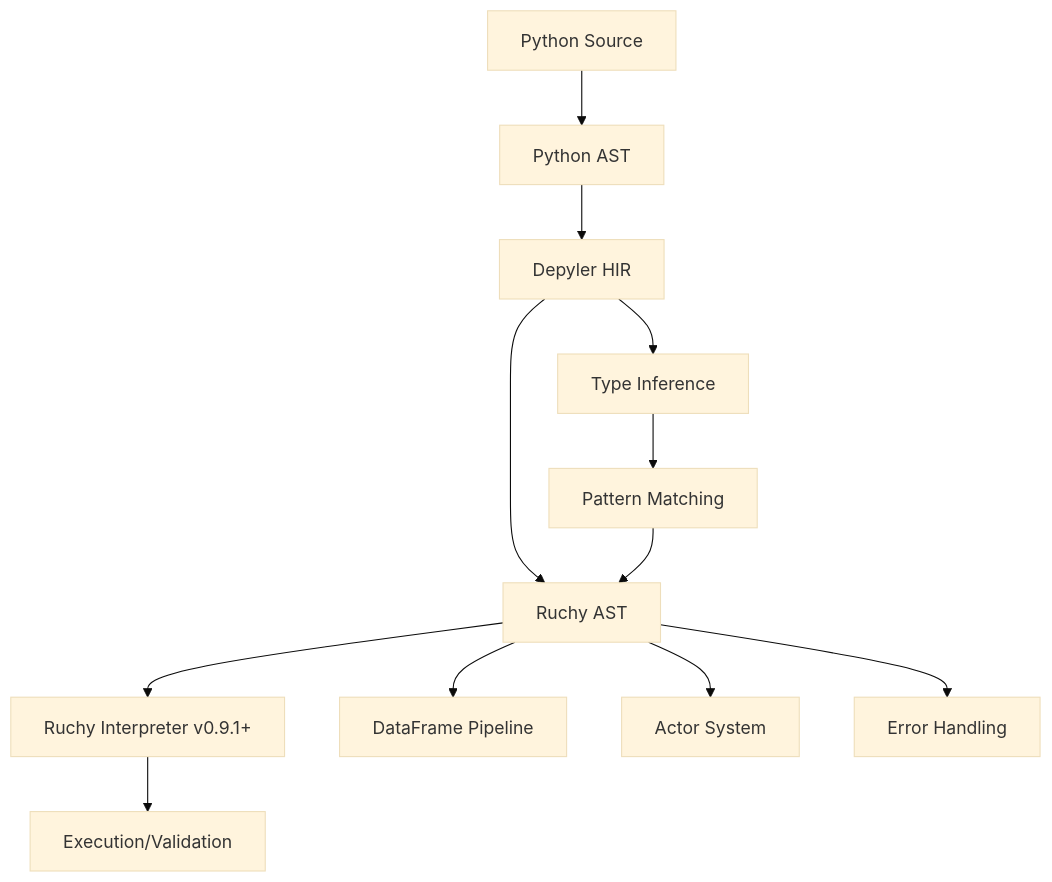
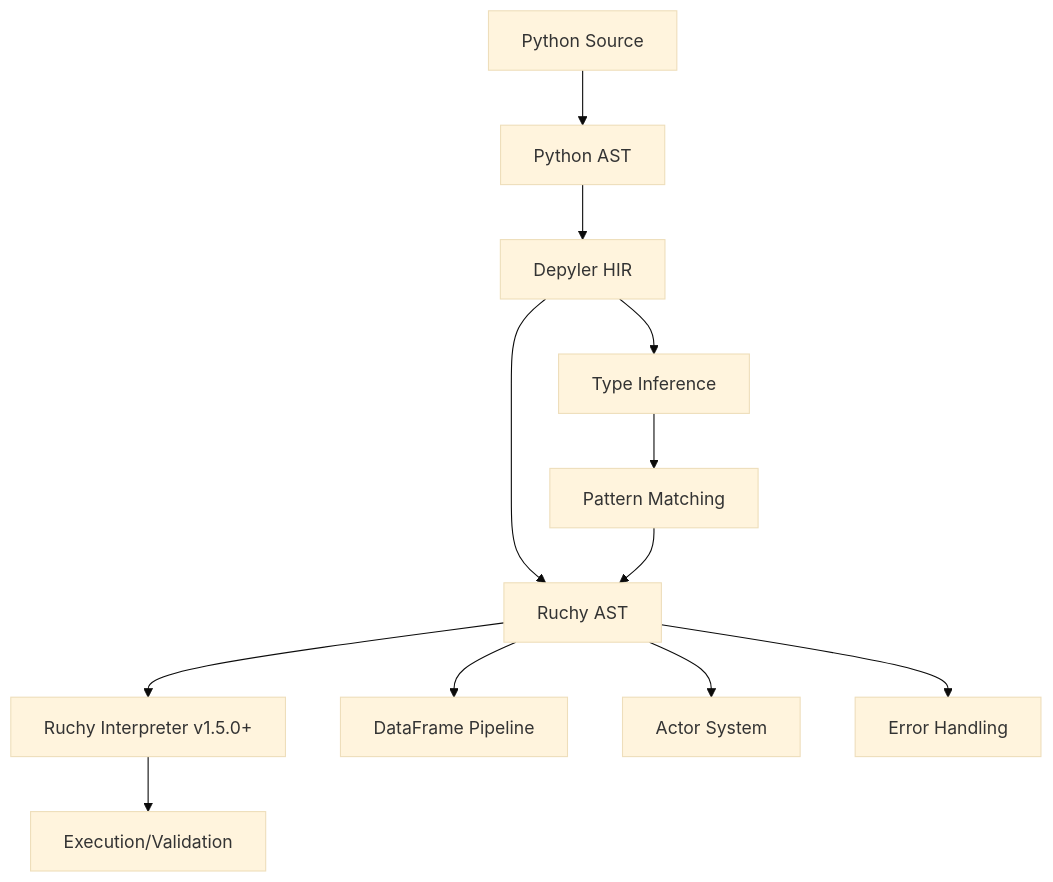
The diagram in docs/roadmap/ruchy-interpreter-integration.md (paiml/depyler), drawn with Mermaid (base theme) before and after one commit. The commit also changed other lines of this file and 42 other files, not shown here.

````diff
--- a/docs/roadmap/ruchy-interpreter-integration.md
+++ b/docs/roadmap/ruchy-interpreter-integration.md
@@ -123,16 +123,16 @@
 ```mermaid
 graph TD
     A[Python Source] --> B[Python AST]
     B --> C[Depyler HIR]
     C --> D[Ruchy AST]
-    D --> E[Ruchy Interpreter v0.9.1+]
+    D --> E[Ruchy Interpreter v1.5.0+]
     E --> F[Execution/Validation]
     
     C --> G[Type Inference]
     G --> H[Pattern Matching]
     H --> D
     
     D --> I[DataFrame Pipeline]
     D --> J[Actor System]
     D --> K[Error Handling]
 ```
````
